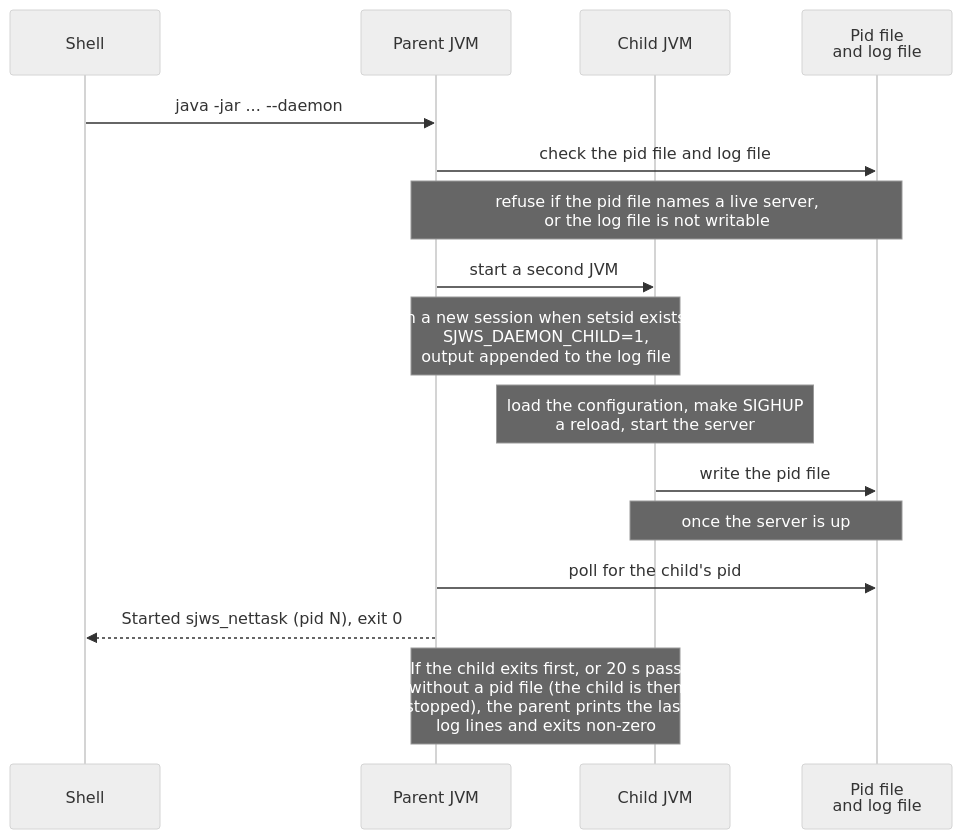
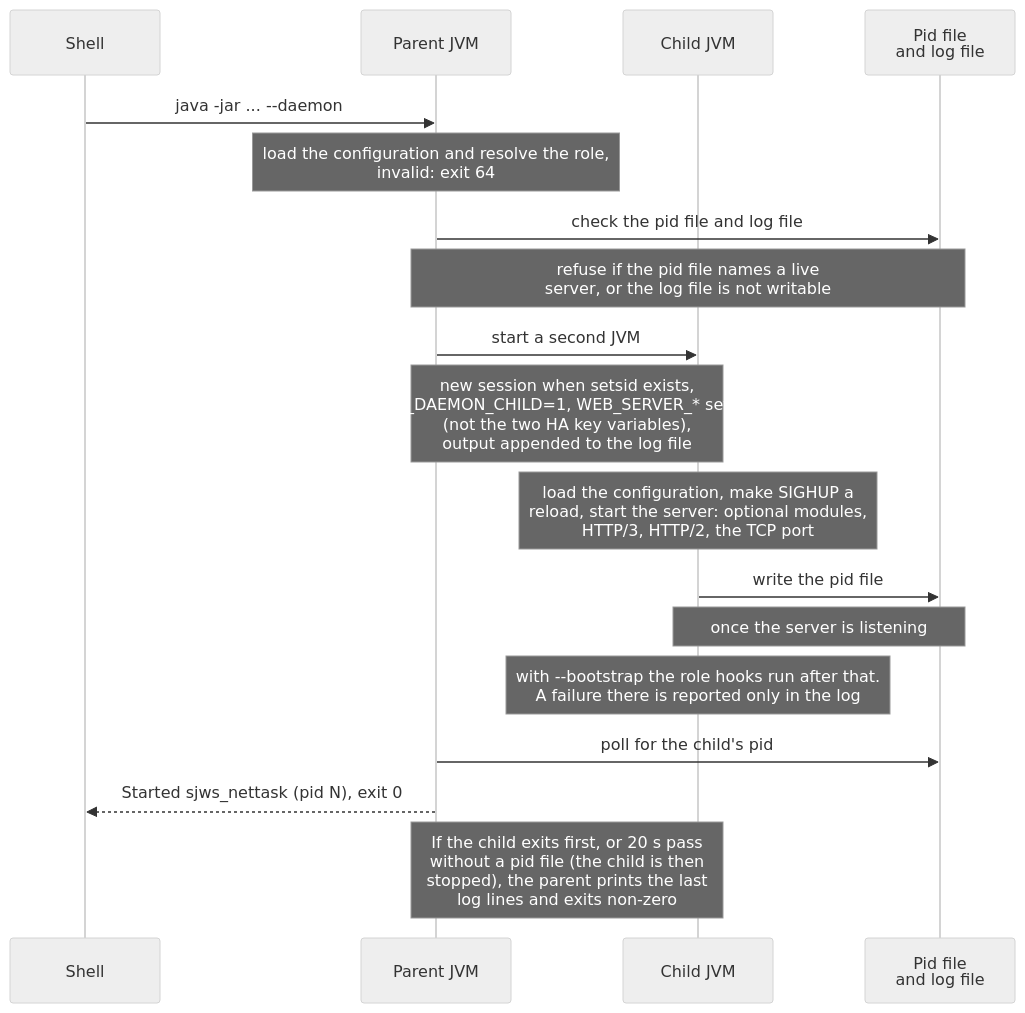
The first of 2 diagrams in docs/operations/daemon.md (BlivionIaG/sjws_nettask), drawn with Mermaid (neutral theme) before and after one commit. The commit also changed other lines of this file and 4 other files, not shown here.

First line of the commit message:
docs: reload, startup, daemon and console diagrams follow the code

````diff
--- a/docs/operations/daemon.md
+++ b/docs/operations/daemon.md
@@ -19,19 +19,21 @@
 ```mermaid
 sequenceDiagram
     participant U as Shell
     participant P as Parent JVM
     participant C as Child JVM
     participant F as Pid file<br/>and log file
 
     U->>P: java -jar ... --daemon
+    Note over P: load the configuration and resolve the role,<br/>invalid: exit 64
     P->>F: check the pid file and log file
-    Note over P,F: refuse if the pid file names a live server,<br/>or the log file is not writable
+    Note over P,F: refuse if the pid file names a live<br/>server, or the log file is not writable
     P->>C: start a second JVM
-    Note over P,C: in a new session when setsid exists,<br/>SJWS_DAEMON_CHILD=1,<br/>output appended to the log file
-    Note over C: load the configuration, make SIGHUP<br/>a reload, start the server
+    Note over P,C: new session when setsid exists,<br/>SJWS_DAEMON_CHILD=1, WEB_SERVER_* settings<br/>(not the two HA key variables),<br/>output appended to the log file
+    Note over C: load the configuration, make SIGHUP a<br/>reload, start the server: optional modules,<br/>HTTP/3, HTTP/2, the TCP port
     C->>F: write the pid file
-    Note over C,F: once the server is up
+    Note over C,F: once the server is listening
+    Note over C: with --bootstrap the role hooks run after that.<br/>A failure there is reported only in the log
     P->>F: poll for the child's pid
     P-->>U: Started sjws_nettask (pid N), exit 0
     Note over P,C: If the child exits first, or 20 s pass<br/>without a pid file (the child is then<br/>stopped), the parent prints the last<br/>log lines and exits non-zero
 ```
````
